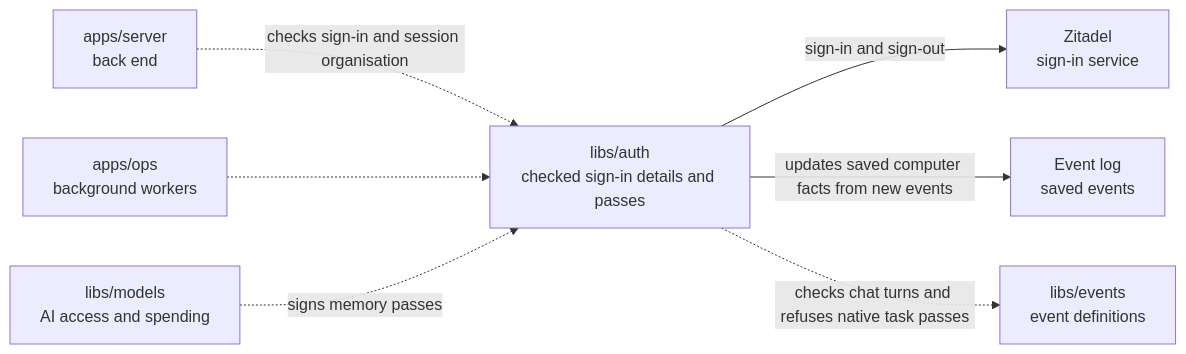
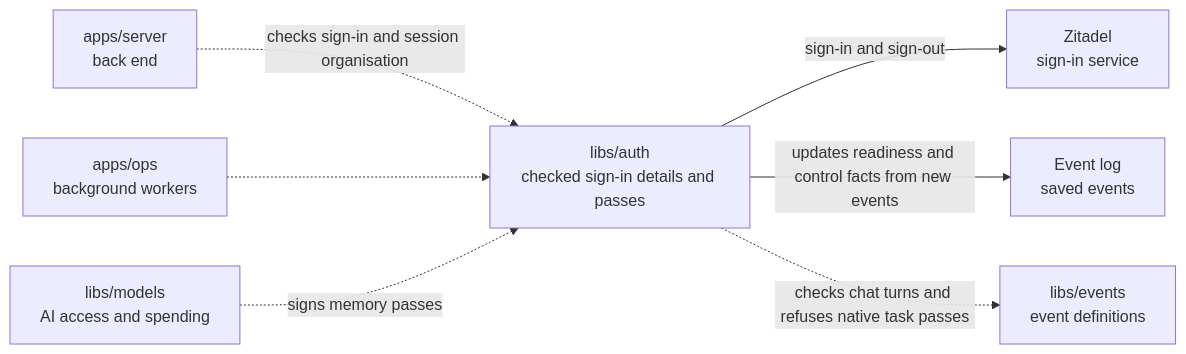
The diagram in libs/auth/README.md (elewa-git/opencrane-new), drawn with Mermaid before and after one commit. The commit also changed other lines of this file and 36 other files, not shown here.

Commit message:
🛑 Record requester control intent and refuse new computer work

````diff
--- a/libs/auth/README.md
+++ b/libs/auth/README.md
@@ -11,9 +11,9 @@
 ```mermaid
 flowchart LR
   server["apps/server<br/>back end"] -.->|checks sign-in and session organisation| auth["libs/auth<br/>checked sign-in details and passes"]
   ops["apps/ops<br/>background workers"] -.-> auth
   models["libs/models<br/>AI access and spending"] -.->|signs memory passes| auth
   auth -->|sign-in and sign-out| zitadel["Zitadel<br/>sign-in service"]
-  auth -->|updates saved computer facts from new events| events["Event log<br/>saved events"]
+  auth -->|updates readiness and control facts from new events| events["Event log<br/>saved events"]
   auth -.->|checks chat turns and refuses native task passes| catalogue["libs/events<br/>event definitions"]
 ```
````
